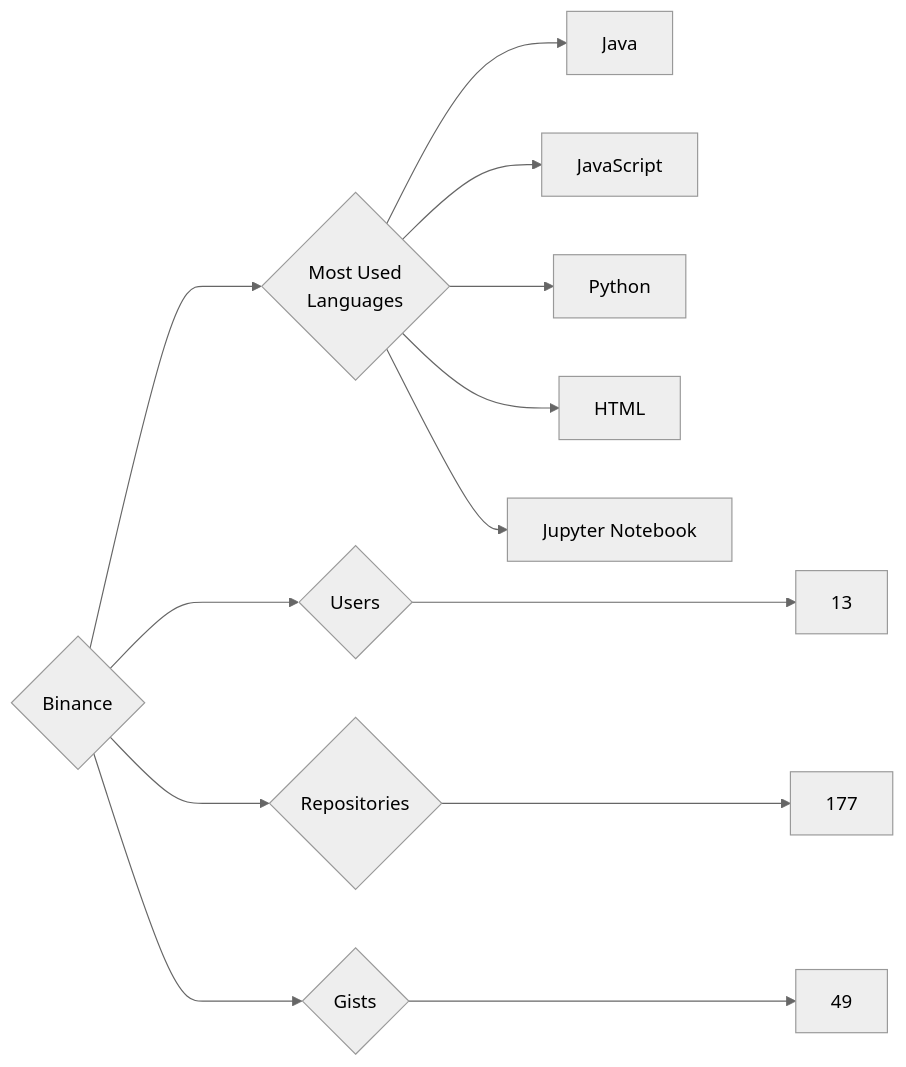
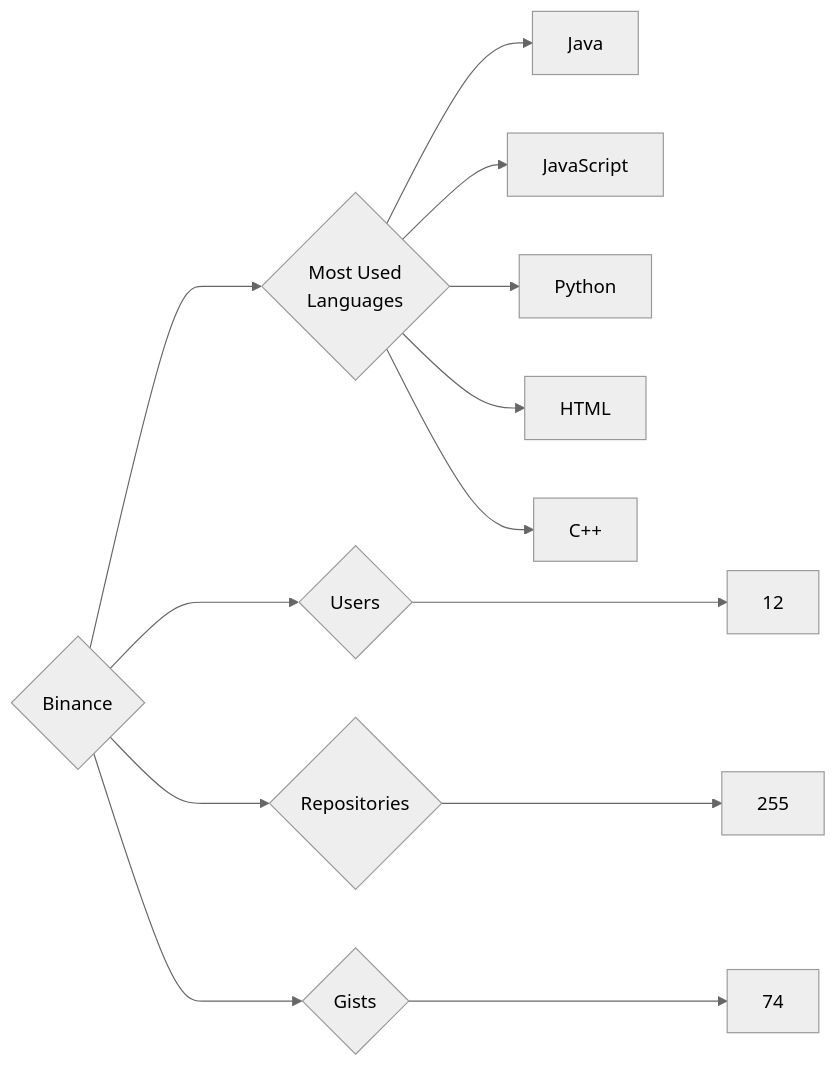
Before and after one commit to trickest/insiders: the diagram in targets/Binance/README.md, drawn with Mermaid (neutral theme). The commit also changed 681 other files, not shown here.

````diff
--- a/targets/Binance/README.md
+++ b/targets/Binance/README.md
@@ -3,13 +3,13 @@
 ```mermaid
 graph LR
 COMPANY_NAME{Binance}
-COMPANY_NAME ---> U{Users} ---> UN[13]
-COMPANY_NAME ---> R{Repositories} ---> RN[177]
-COMPANY_NAME ---> G{Gists} ---> GN[49]
+COMPANY_NAME ---> U{Users} ---> UN[12]
+COMPANY_NAME ---> R{Repositories} ---> RN[255]
+COMPANY_NAME ---> G{Gists} ---> GN[74]
 COMPANY_NAME ---> ML{Most Used<br>Languages}
 ML --> Java[Java]
 ML --> JavaScript[JavaScript]
 ML --> Python[Python]
 ML --> HTML[HTML]
-ML --> Jupyter_Notebook[Jupyter Notebook]
+ML --> C++[C++]
 ```
````
